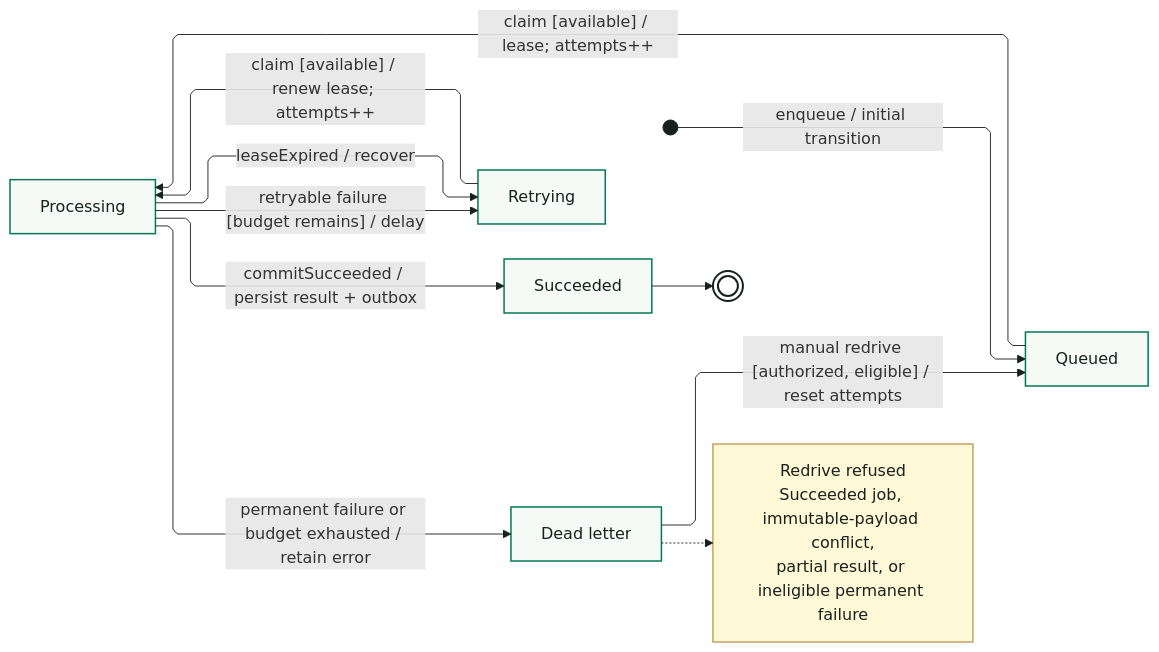
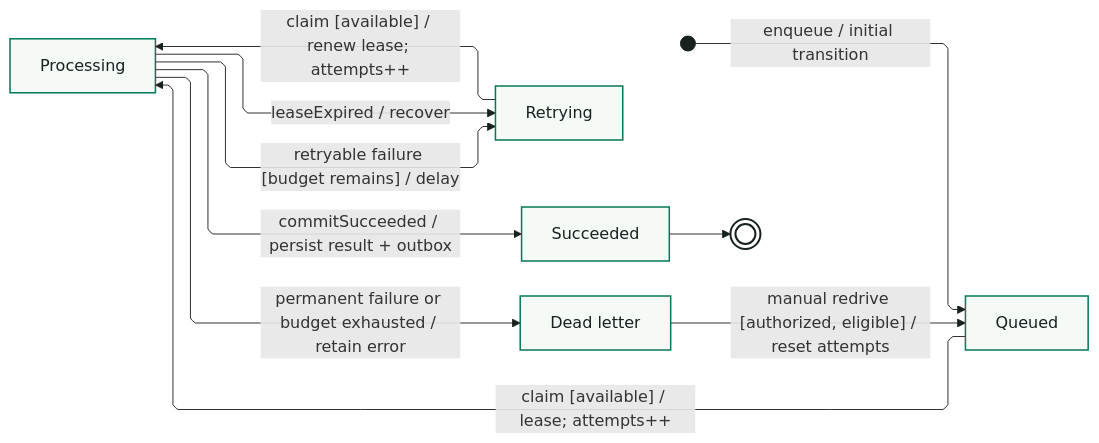
The diagram in diagrams/04-ingestion-states.mmd (ZakariaElKhaldi/4iir-sr), drawn with Mermaid before and after one commit. The commit also changed 53 other files, not shown here.

```diff
--- a/diagrams/04-ingestion-states.mmd
+++ b/diagrams/04-ingestion-states.mmd
@@ -1,41 +1,37 @@
 ---
 config:
   layout: elk
   flowchart:
     curve: linear
     nodeSpacing: 48
     rankSpacing: 66
   themeVariables:
     fontSize: 16px
 ---
 flowchart LR
     Start(( ))
     Queued[Queued]
     Processing[Processing]
     Retrying[Retrying]
     Succeeded[Succeeded]
     DeadLetter[Dead letter]
     Finish((( )))
-    Refusal["Redrive refused<br/>Succeeded job, immutable-payload conflict,<br/>partial result, or ineligible permanent failure"]
 
     Start -->|"enqueue / initial transition"| Queued
     Queued -->|"claim [available] / lease; attempts++"| Processing
     Processing -->|"commitSucceeded / persist result + outbox"| Succeeded
     Succeeded --> Finish
 
     Processing -->|"retryable failure [budget remains] / delay"| Retrying
     Processing -->|"leaseExpired / recover"| Retrying
     Retrying -->|"claim [available] / renew lease; attempts++"| Processing
 
     Processing -->|"permanent failure or budget exhausted / retain error"| DeadLetter
     DeadLetter -->|"manual redrive [authorized, eligible] / reset attempts"| Queued
-    DeadLetter -.-> Refusal
 
     classDef state fill:#f5faf7,stroke:#047857,color:#17211d,stroke-width:1.5px;
     classDef marker fill:#17211d,stroke:#17211d,color:#17211d;
     classDef finish fill:#ffffff,stroke:#17211d,color:#17211d,stroke-width:2px;
-    classDef note fill:#fff8d6,stroke:#b7924a,color:#17211d,stroke-width:1.25px;
     class Queued,Processing,Retrying,Succeeded,DeadLetter state;
     class Start marker;
     class Finish finish;
-    class Refusal note;
```
